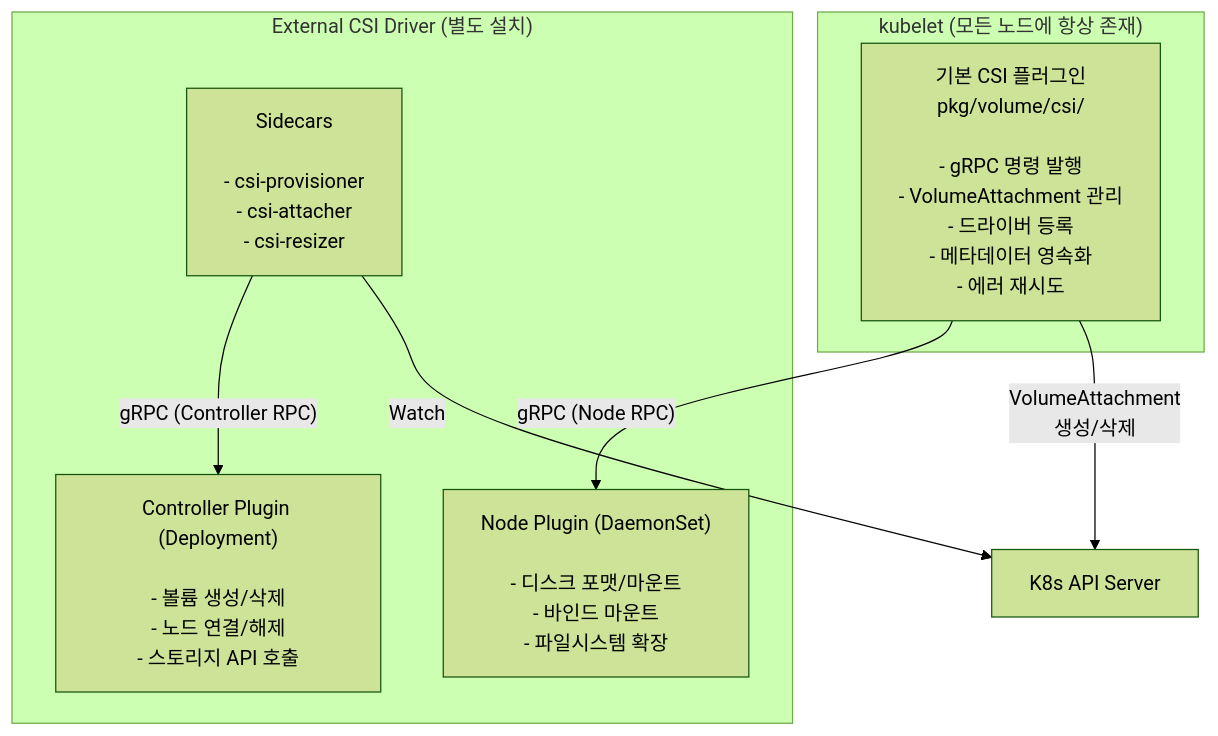
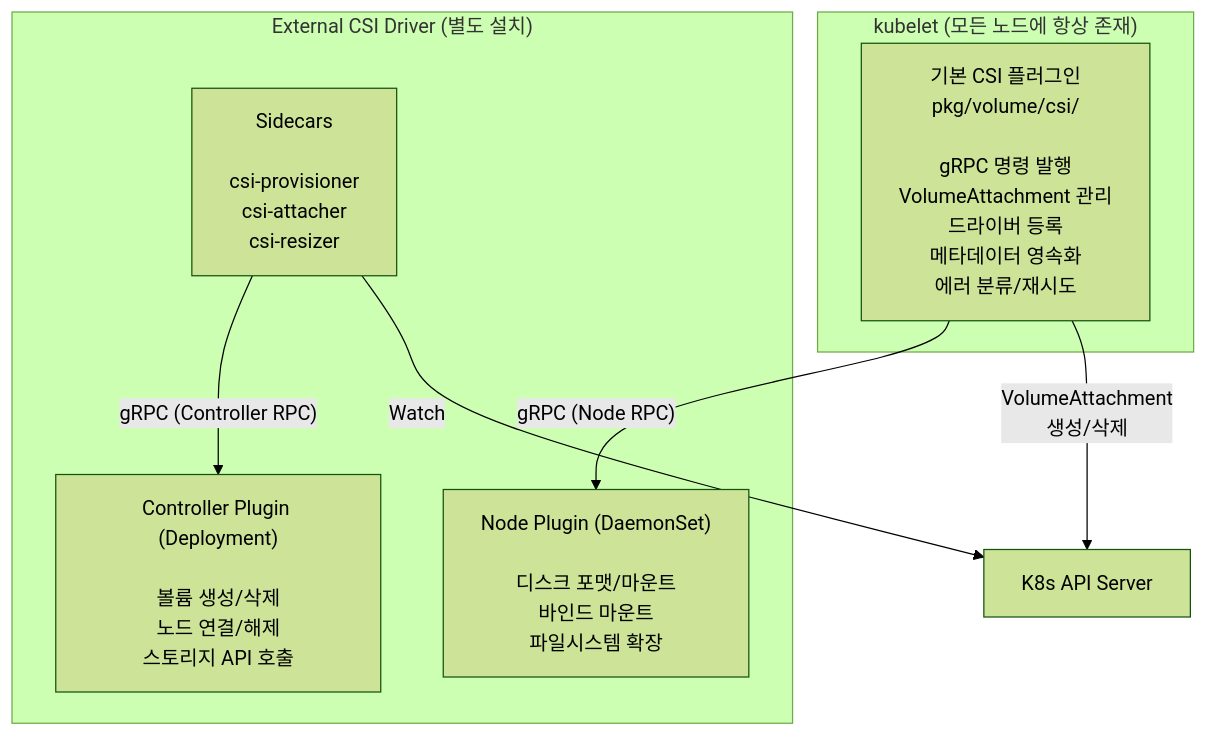
Before and after one commit to bianbbc87/bianbbc87.github.io: the fifth of 5 diagrams in _posts/2026-04-04-csi-driver-01.md, drawn with Mermaid (forest theme). The commit also changed other lines of this file, not shown here.

````diff
--- a/_posts/2026-04-04-csi-driver-01.md
+++ b/_posts/2026-04-04-csi-driver-01.md
@@ -658,17 +540,17 @@
 ```mermaid
 graph TB
     subgraph "kubelet (모든 노드에 항상 존재)"
-        A["기본 CSI 플러그인<br/>pkg/volume/csi/<br/><br/>- gRPC 명령 발행<br/>- VolumeAttachment 관리<br/>- 드라이버 등록<br/>- 메타데이터 영속화<br/>- 에러 재시도"]
+        A["기본 CSI 플러그인<br/>pkg/volume/csi/<br/><br/>gRPC 명령 발행<br/>VolumeAttachment 관리<br/>드라이버 등록<br/>메타데이터 영속화<br/>에러 분류/재시도"]
     end
 
     subgraph "External CSI Driver (별도 설치)"
-        B["Node Plugin (DaemonSet)<br/><br/>- 디스크 포맷/마운트<br/>- 바인드 마운트<br/>- 파일시스템 확장"]
-        C["Controller Plugin (Deployment)<br/><br/>- 볼륨 생성/삭제<br/>- 노드 연결/해제<br/>- 스토리지 API 호출"]
-        D["Sidecars<br/><br/>- csi-provisioner<br/>- csi-attacher<br/>- csi-resizer"]
+        B["Node Plugin (DaemonSet)<br/><br/>디스크 포맷/마운트<br/>바인드 마운트<br/>파일시스템 확장"]
+        C["Controller Plugin (Deployment)<br/><br/>볼륨 생성/삭제<br/>노드 연결/해제<br/>스토리지 API 호출"]
+        D["Sidecars<br/><br/>csi-provisioner<br/>csi-attacher<br/>csi-resizer"]
     end
 
     A -->|"gRPC (Node RPC)"| B
     D -->|"gRPC (Controller RPC)"| C
     D -->|"Watch"| API["K8s API Server"]
     A -->|"VolumeAttachment<br/>생성/삭제"| API
 ```
````
